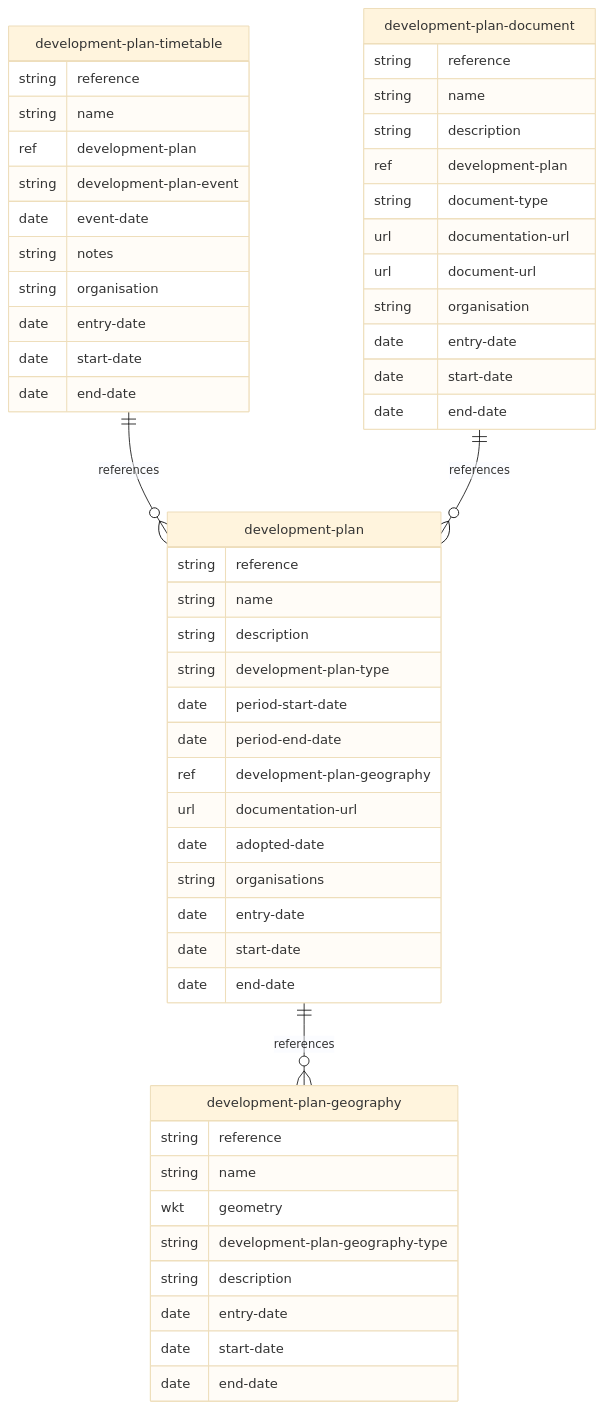
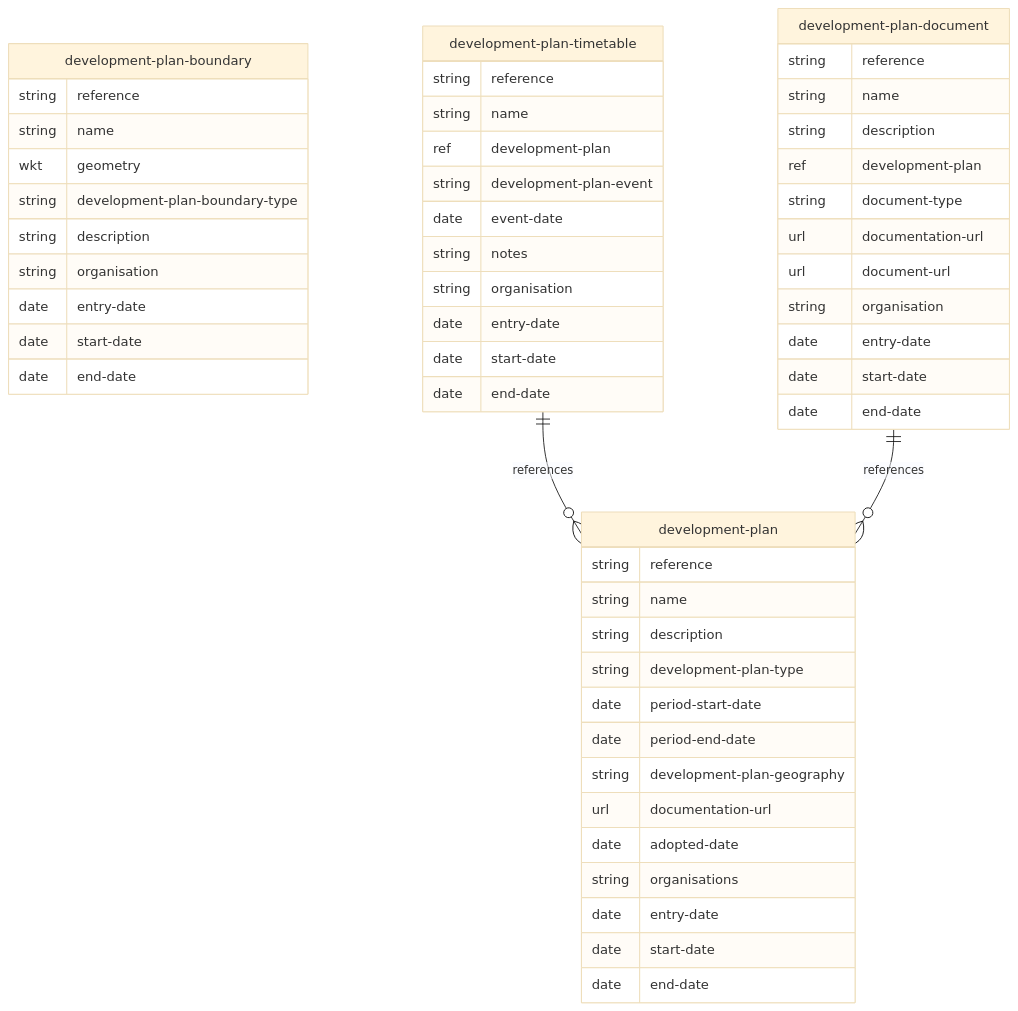
Before and after one commit to digital-land/specification: the diagram in mermaid/development-plan.md, drawn with Mermaid (base theme). The commit also changed 2 other files, not shown here.

````diff
--- a/mermaid/development-plan.md
+++ b/mermaid/development-plan.md
@@ -4,56 +4,56 @@
 ```mermaid
 erDiagram
-    development-plan-geography {
+    development-plan-boundary {
         string reference
         string name
         wkt geometry
-        string development-plan-geography-type
+        string development-plan-boundary-type
         string description
+        string organisation
         date entry-date
         date start-date
         date end-date
     }
     development-plan {
         string reference
         string name
         string description
         string development-plan-type
         date period-start-date
         date period-end-date
-        ref development-plan-geography
+        string development-plan-geography
         url documentation-url
         date adopted-date
         string organisations
         date entry-date
         date start-date
         date end-date
     }
     development-plan-timetable {
         string reference
         string name
         ref development-plan
         string development-plan-event
         date event-date
         string notes
         string organisation
         date entry-date
         date start-date
         date end-date
     }
     development-plan-document {
         string reference
         string name
         string description
         ref development-plan
         string document-type
         url documentation-url
         url document-url
         string organisation
         date entry-date
         date start-date
         date end-date
     }
-    development-plan ||--o{ development-plan-geography : references
     development-plan-timetable ||--o{ development-plan : references
     development-plan-document ||--o{ development-plan : references
 ```
````
